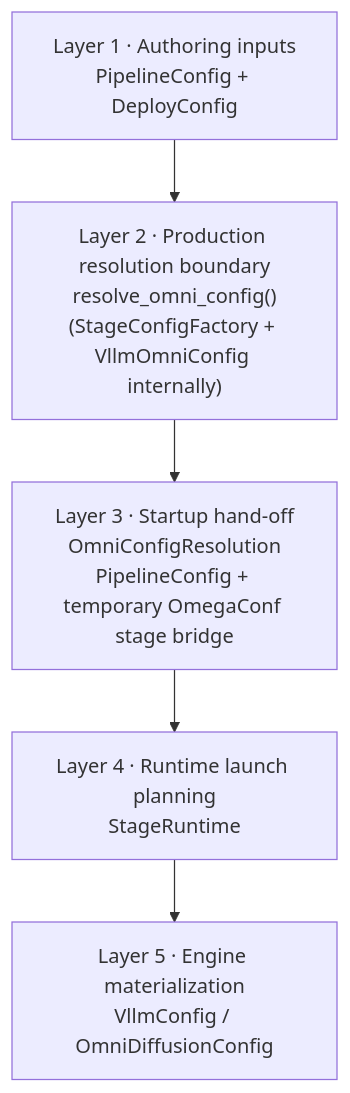
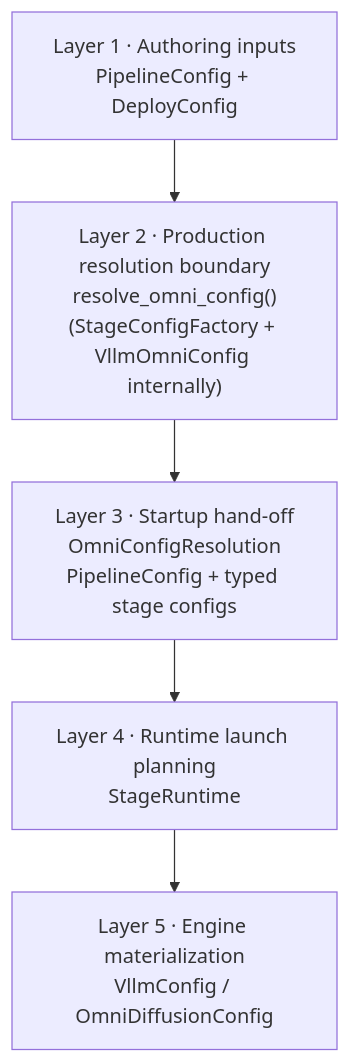
One commit to SamitHuang/vllm-omni changed the second of 3 diagrams in docs/design/architecture_overview.md. Above: the diagram before and after it, drawn with Mermaid. The commit also changed other lines of this file and 48 other files, not shown here.

Commit message:
[Core] Retain structured configs through runtime startup (#6849)

````diff
--- a/docs/design/architecture_overview.md
+++ b/docs/design/architecture_overview.md
@@ -322,10 +322,10 @@
 ```mermaid
 flowchart TB
     layer1["Layer 1 · Authoring inputs<br/>PipelineConfig + DeployConfig"]
     layer2["Layer 2 · Production resolution boundary<br/>resolve_omni_config()<br/>(StageConfigFactory + VllmOmniConfig internally)"]
-    layer3["Layer 3 · Startup hand-off<br/>OmniConfigResolution<br/>PipelineConfig + temporary OmegaConf stage bridge"]
+    layer3["Layer 3 · Startup hand-off<br/>OmniConfigResolution<br/>PipelineConfig + typed stage configs"]
     layer4["Layer 4 · Runtime launch planning<br/>StageRuntime"]
     layer5["Layer 5 · Engine materialization<br/>VllmConfig / OmniDiffusionConfig"]
 
     layer1 --> layer2 --> layer3 --> layer4 --> layer5
 ```
````
